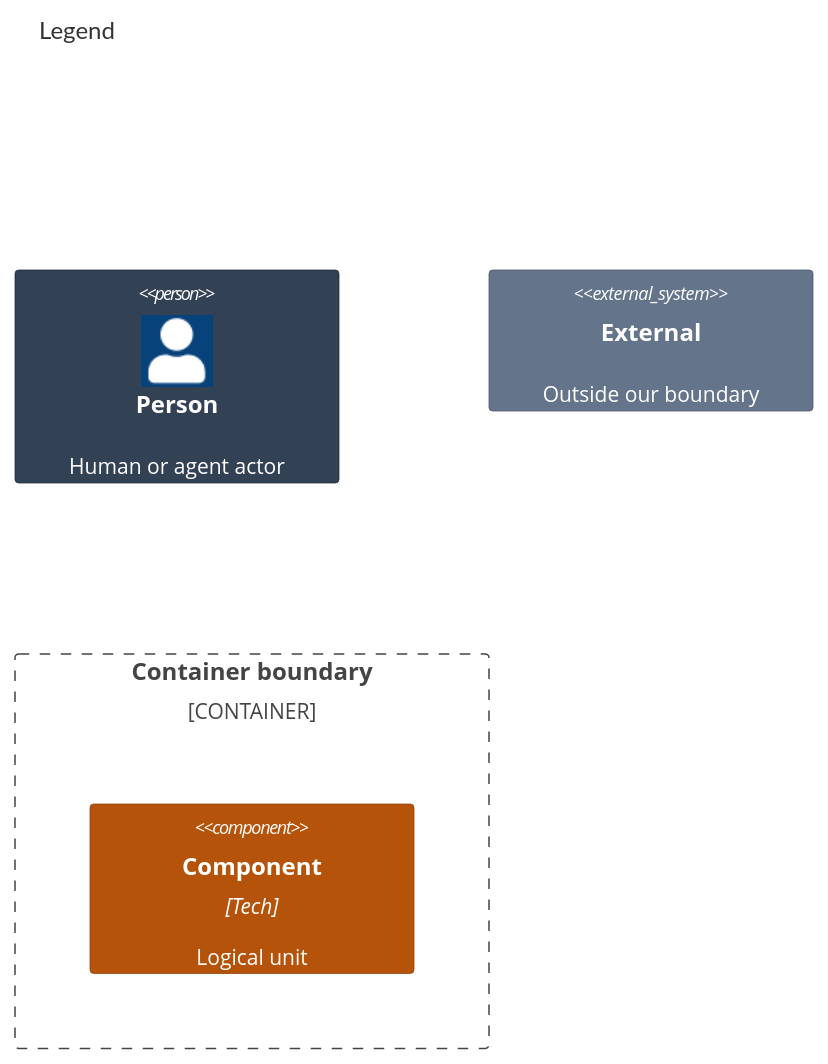
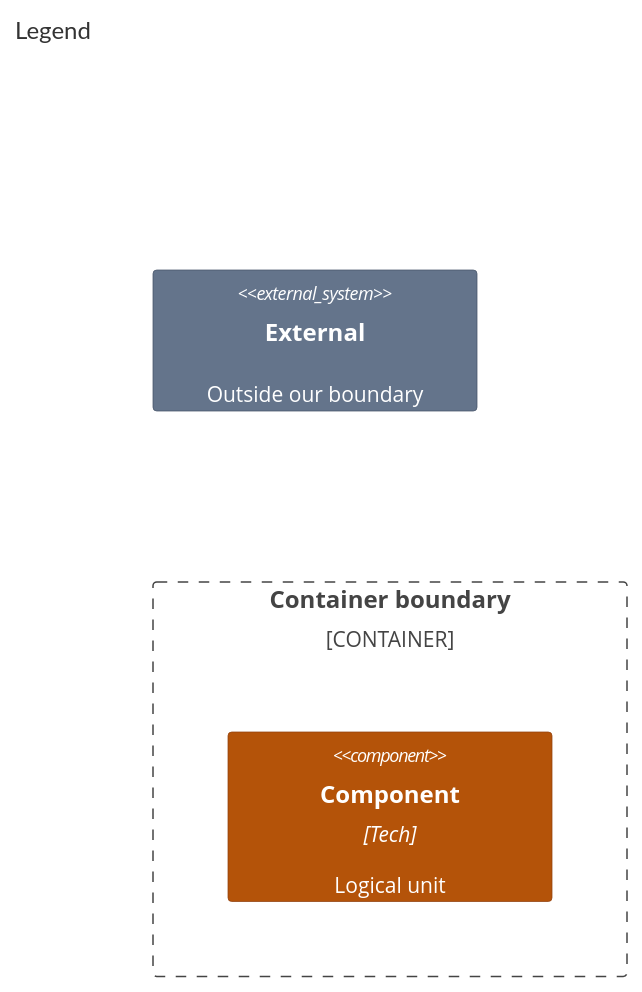
One commit to may-journal/apple-ui-testing-library changed the second of 2 diagrams in docs/architecture/03-components.md. Above: the diagram before and after it, drawn with Mermaid. The commit also changed 1 other file, not shown here.

Commit message:
docs(architecture): keep the components legend to the kinds its diagram uses (#135)
> The components view's legend keys only the kinds its diagram uses, so
the repo passes the coming fitness legend rule.

## Background

Closes #134. Agent: Claude.

This prepares for the fitness-runner legend rule in
https://github.com/may-journal/fitness-runner/pull/890, which fails a
legend that shows a kind its diagram does not use. The components legend
showed a Person sample with no person in the diagram. It is removed with
its style. A build of that fitness-runner change passes `doc-template`
on this branch.

Stacks on no other PR.

## Changelog

- [Changelog
entry](https://github.com/may-journal/apple-ui-testing-library/blob/vanderbot/c4-legend/changelog/2026-11-09-1600-components-legend.md)

🤖 Generated with [Claude Code](https://claude.com/claude-code)

````diff
--- a/docs/architecture/03-components.md
+++ b/docs/architecture/03-components.md
@@ -73,14 +73,12 @@
 ```mermaid
 C4Component
     title Legend
 
-    Person(p, "Person", "Human or agent actor")
     Container_Boundary(cb, "Container boundary") {
         Component(c, "Component", "Tech", "Logical unit")
     }
     System_Ext(e, "External", "Outside our boundary")
 
-    UpdateElementStyle(p, $bgColor="#334155", $borderColor="#1e293b", $fontColor="#ffffff")
     UpdateElementStyle(c, $bgColor="#b45309", $borderColor="#92400e", $fontColor="#ffffff")
     UpdateElementStyle(e, $bgColor="#64748b", $borderColor="#475569", $fontColor="#ffffff")
 ```
````
